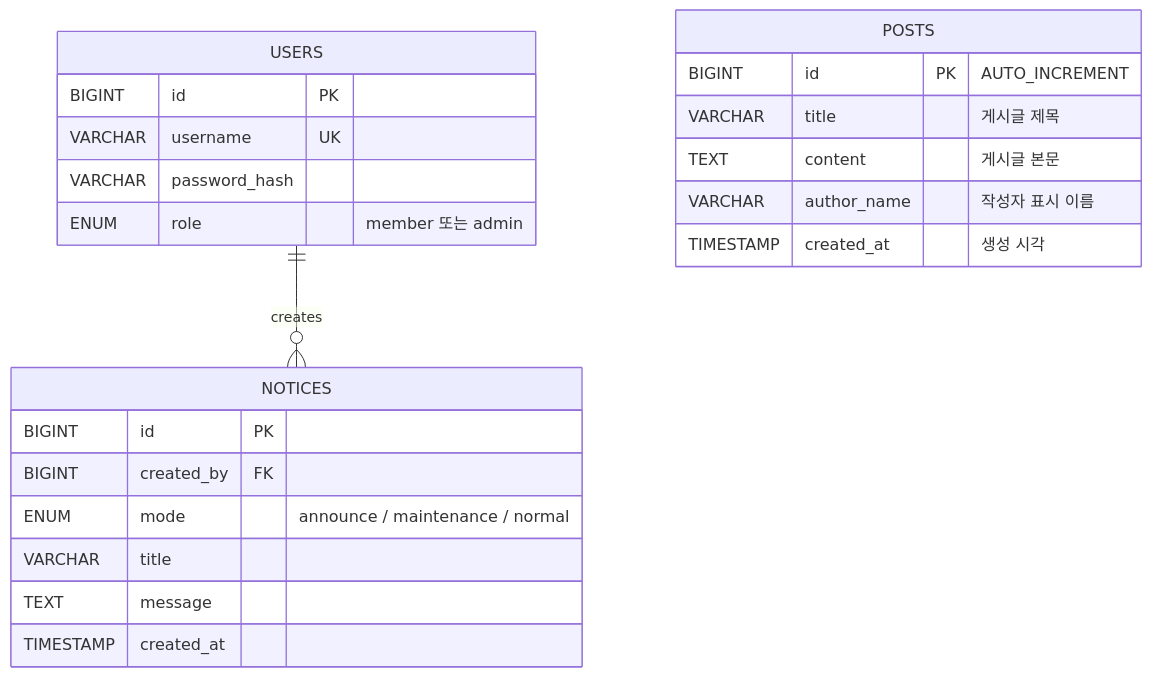
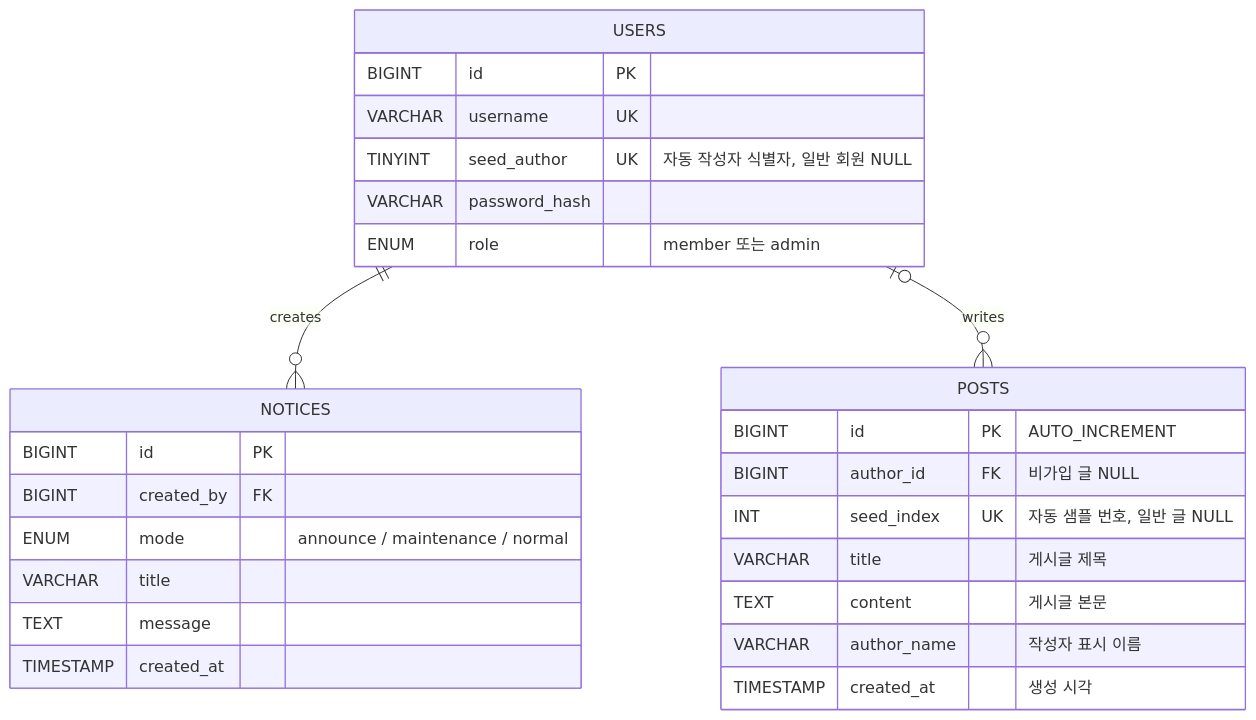
Before and after one commit to jangh-lee/cloud-infrastructure-lecture-example: the diagram in 402-cloud db migration/README.md, drawn with Mermaid. The commit also changed other lines of this file and 15 other files, not shown here.

Commit message:
Register sample members with automatic posts and preserve author links

````diff
--- a/402-cloud db migration/README.md
+++ b/402-cloud db migration/README.md
@@ -154,25 +156,29 @@
 ```mermaid
 erDiagram
   USERS ||--o{ NOTICES : creates
+  USERS o|--o{ POSTS : writes
   USERS {
     BIGINT id PK
     VARCHAR username UK
+    TINYINT seed_author UK "자동 작성자 식별자, 일반 회원 NULL"
     VARCHAR password_hash
     ENUM role "member 또는 admin"
   }
   NOTICES {
     BIGINT id PK
     BIGINT created_by FK
     ENUM mode "announce / maintenance / normal"
     VARCHAR title
     TEXT message
     TIMESTAMP created_at
   }
   POSTS {
     BIGINT id PK "AUTO_INCREMENT"
+    BIGINT author_id FK "비가입 글 NULL"
+    INT seed_index UK "자동 샘플 번호, 일반 글 NULL"
     VARCHAR title "게시글 제목"
     TEXT content "게시글 본문"
     VARCHAR author_name "작성자 표시 이름"
     TIMESTAMP created_at "생성 시각"
   }
 ```
````
